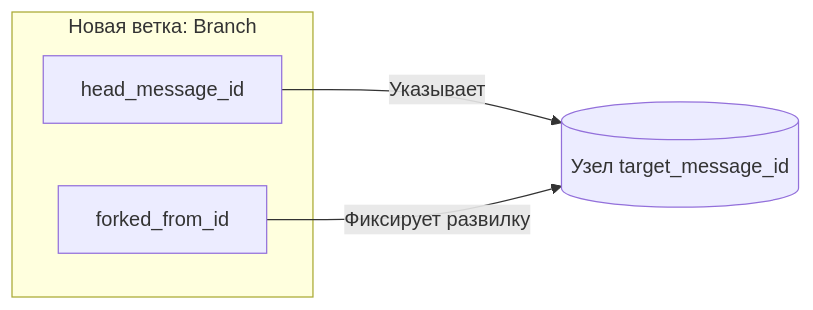
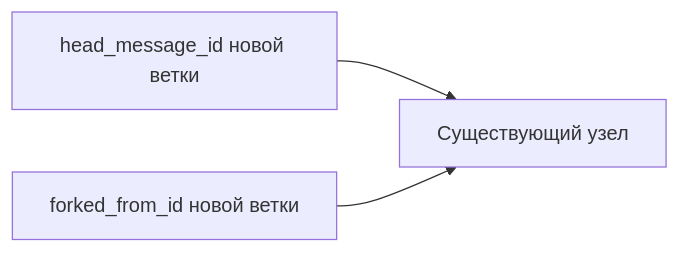
The second of 3 diagrams in docs/spec_crud_graph.md (Curr3ncyV01D/exocortex), drawn with Mermaid before and after one commit. The commit also changed other lines of this file and 2 other files, not shown here.

````diff
--- a/docs/spec_crud_graph.md
+++ b/docs/spec_crud_graph.md
@@ -93,12 +54,5 @@
 ```mermaid
 flowchart LR
-    TargetNode[("Узел target_message_id")]
-    
-    subgraph NewBranch ["Новая ветка: Branch"]
-        head["head_message_id"]
-        fork["forked_from_id"]
-    end
-
-    head -->|Указывает| TargetNode
-    fork -->|Фиксирует развилку| TargetNode
+    Head["head_message_id новой ветки"] --> Target["Существующий узел"]
+    Fork["forked_from_id новой ветки"] --> Target
 ```
````
